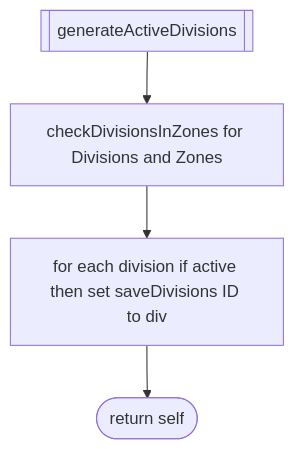
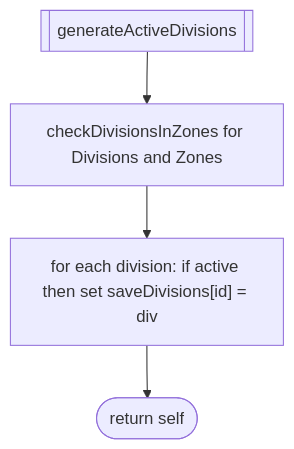
The sixth of 7 diagrams in docs/world/divisions.md (Gh0st352/AETHR), drawn with Mermaid before and after one commit. The commit also changed other lines of this file and 7 other files, not shown here.

First line of the commit message:
docs(world, mermaid): normalize headings and standardize Mermaid diagrams

````diff
--- a/docs/world/divisions.md
+++ b/docs/world/divisions.md
@@ -85,6 +110,10 @@
 ```mermaid
+%% shared theme: docs/_mermaid/theme.json %%
 flowchart TD
   GAD[[generateActiveDivisions]] --> CDZ[checkDivisionsInZones for Divisions and Zones]
-  CDZ --> LOOP[for each division if active then set saveDivisions ID to div]
+  CDZ --> LOOP["for each division: if active then set saveDivisions[id] = div"]
   LOOP --> GADRET([return self])
+
+  class GAD,CDZ,LOOP class_step;
+  class GADRET class_result;
 ```
````
